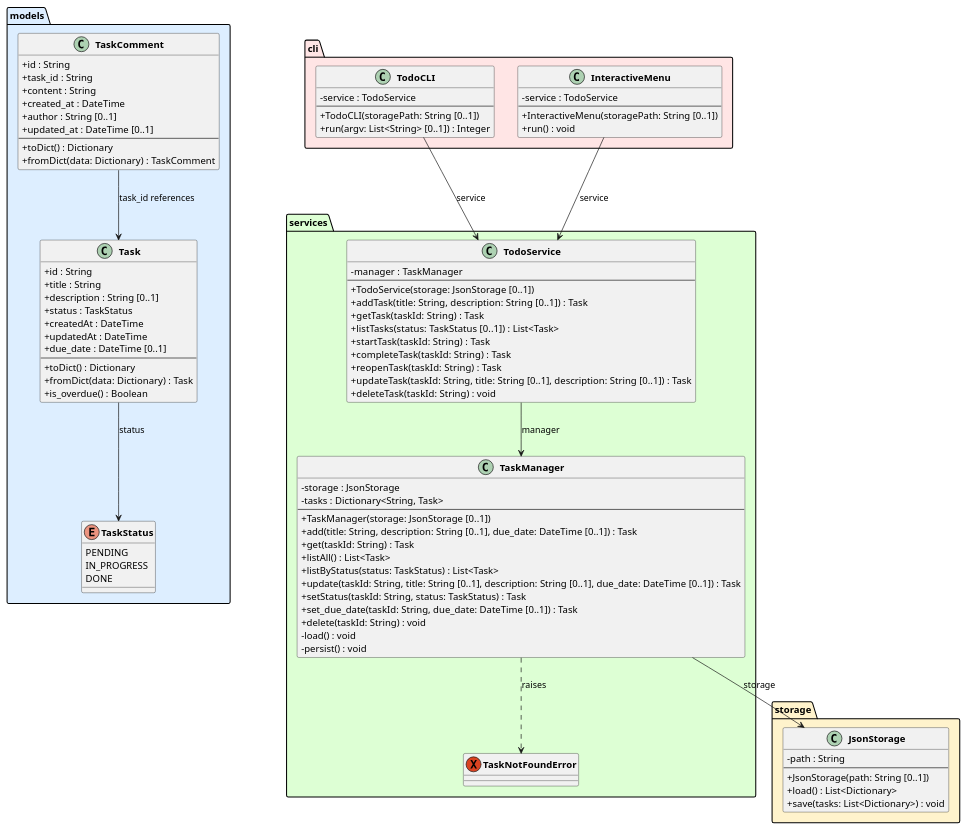
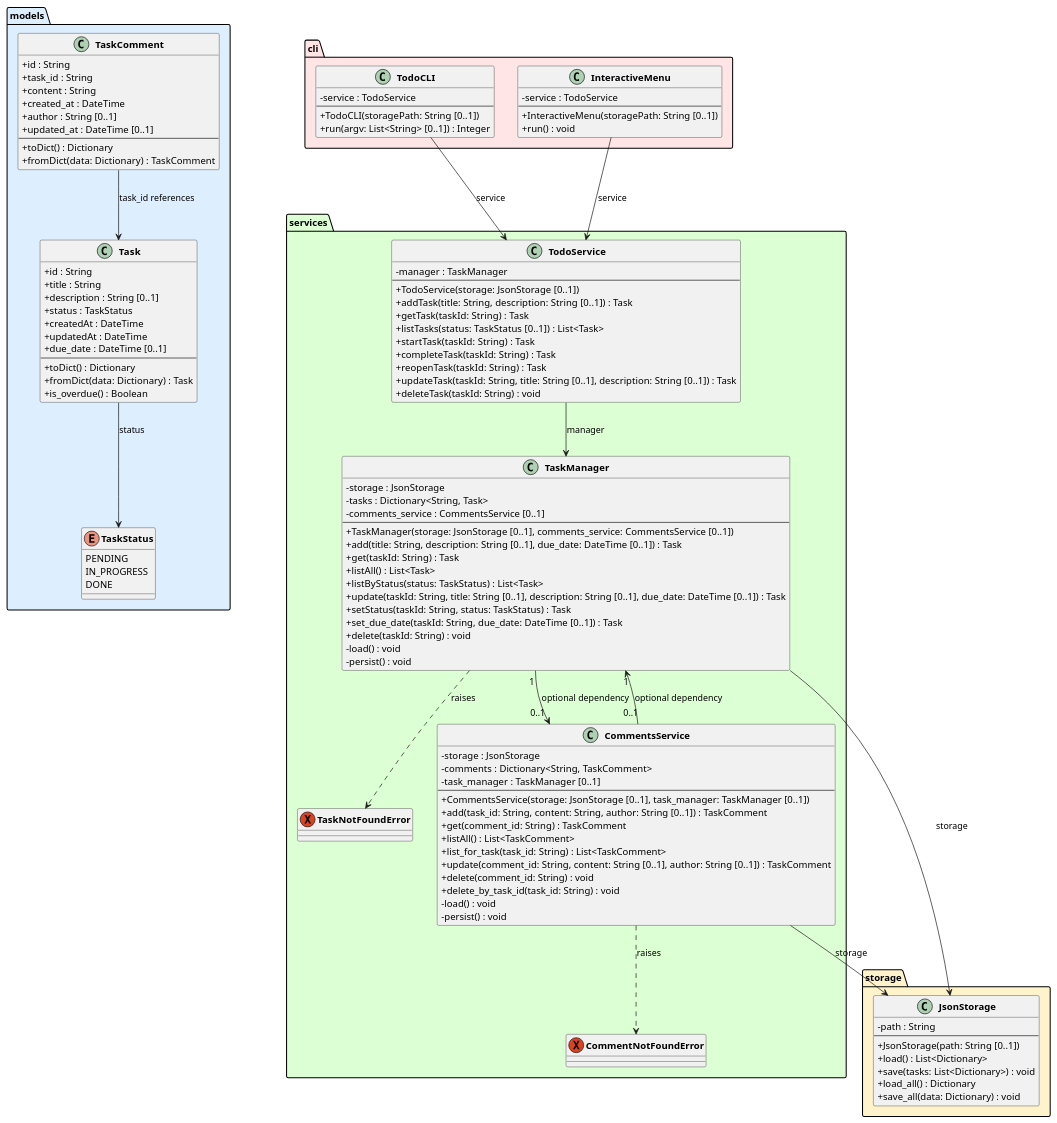
Before and after one commit to DanielRiha8906/Software_autoevolution_using_agents: the diagram in experiments/supervisor_as_tools/structured_text/TODO/artifacts/class_diagram.puml, drawn with PlantUML. The commit also changed 6 other files, not shown here.

First line of the commit message:
task 04 | Add CommentsService for managing TaskComments

```diff
--- a/experiments/supervisor_as_tools/structured_text/TODO/artifacts/class_diagram.puml
+++ b/experiments/supervisor_as_tools/structured_text/TODO/artifacts/class_diagram.puml
@@ -1,109 +1,134 @@
 @startuml class_diagram
 
 skinparam classAttributeIconSize 0
 skinparam classFontStyle bold
 
 package "models" #DDEEFF {
     enum TaskStatus {
         PENDING
         IN_PROGRESS
         DONE
     }
 
     class Task {
         +id : String
         +title : String
         +description : String [0..1]
         +status : TaskStatus
         +createdAt : DateTime
         +updatedAt : DateTime
         +due_date : DateTime [0..1]
         --
         +toDict() : Dictionary
         +fromDict(data: Dictionary) : Task
         +is_overdue() : Boolean
     }
 
     class TaskComment {
         +id : String
         +task_id : String
         +content : String
         +created_at : DateTime
         +author : String [0..1]
         +updated_at : DateTime [0..1]
         --
         +toDict() : Dictionary
         +fromDict(data: Dictionary) : TaskComment
     }
 }
 
 package "storage" #FFF3CC {
     class JsonStorage {
         -path : String
         --
         +JsonStorage(path: String [0..1])
         +load() : List<Dictionary>
         +save(tasks: List<Dictionary>) : void
+        +load_all() : Dictionary
+        +save_all(data: Dictionary) : void
     }
 }
 
 package "services" #DDFFD4 {
     exception TaskNotFoundError
+    exception CommentNotFoundError
 
     class TaskManager {
         -storage : JsonStorage
         -tasks : Dictionary<String, Task>
+        -comments_service : CommentsService [0..1]
         --
-        +TaskManager(storage: JsonStorage [0..1])
+        +TaskManager(storage: JsonStorage [0..1], comments_service: CommentsService [0..1])
         +add(title: String, description: String [0..1], due_date: DateTime [0..1]) : Task
         +get(taskId: String) : Task
         +listAll() : List<Task>
         +listByStatus(status: TaskStatus) : List<Task>
         +update(taskId: String, title: String [0..1], description: String [0..1], due_date: DateTime [0..1]) : Task
         +setStatus(taskId: String, status: TaskStatus) : Task
         +set_due_date(taskId: String, due_date: DateTime [0..1]) : Task
         +delete(taskId: String) : void
+        -load() : void
+        -persist() : void
+    }
+
+    class CommentsService {
+        -storage : JsonStorage
+        -comments : Dictionary<String, TaskComment>
+        -task_manager : TaskManager [0..1]
+        --
+        +CommentsService(storage: JsonStorage [0..1], task_manager: TaskManager [0..1])
+        +add(task_id: String, content: String, author: String [0..1]) : TaskComment
+        +get(comment_id: String) : TaskComment
+        +listAll() : List<TaskComment>
+        +list_for_task(task_id: String) : List<TaskComment>
+        +update(comment_id: String, content: String [0..1], author: String [0..1]) : TaskComment
+        +delete(comment_id: String) : void
+        +delete_by_task_id(task_id: String) : void
         -load() : void
         -persist() : void
     }
 
     class TodoService {
         -manager : TaskManager
         --
         +TodoService(storage: JsonStorage [0..1])
         +addTask(title: String, description: String [0..1]) : Task
         +getTask(taskId: String) : Task
         +listTasks(status: TaskStatus [0..1]) : List<Task>
         +startTask(taskId: String) : Task
         +completeTask(taskId: String) : Task
         +reopenTask(taskId: String) : Task
         +updateTask(taskId: String, title: String [0..1], description: String [0..1]) : Task
         +deleteTask(taskId: String) : void
     }
 }
 
 package "cli" #FFE5E5 {
     class TodoCLI {
         -service : TodoService
         --
         +TodoCLI(storagePath: String [0..1])
         +run(argv: List<String> [0..1]) : Integer
     }
 
     class InteractiveMenu {
         -service : TodoService
         --
         +InteractiveMenu(storagePath: String [0..1])
         +run() : void
     }
 }
 
 Task --> TaskStatus : status
 TaskComment --> Task : task_id references
 TaskManager --> JsonStorage : storage
+TaskManager "1" --> "0..1" CommentsService : optional dependency
+CommentsService --> JsonStorage : storage
+CommentsService "0..1" --> "1" TaskManager : optional dependency
+CommentsService ..> CommentNotFoundError : raises
 TaskManager ..> TaskNotFoundError : raises
 TodoService --> TaskManager : manager
 TodoCLI --> TodoService : service
 InteractiveMenu --> TodoService : service
 
 @enduml
```
